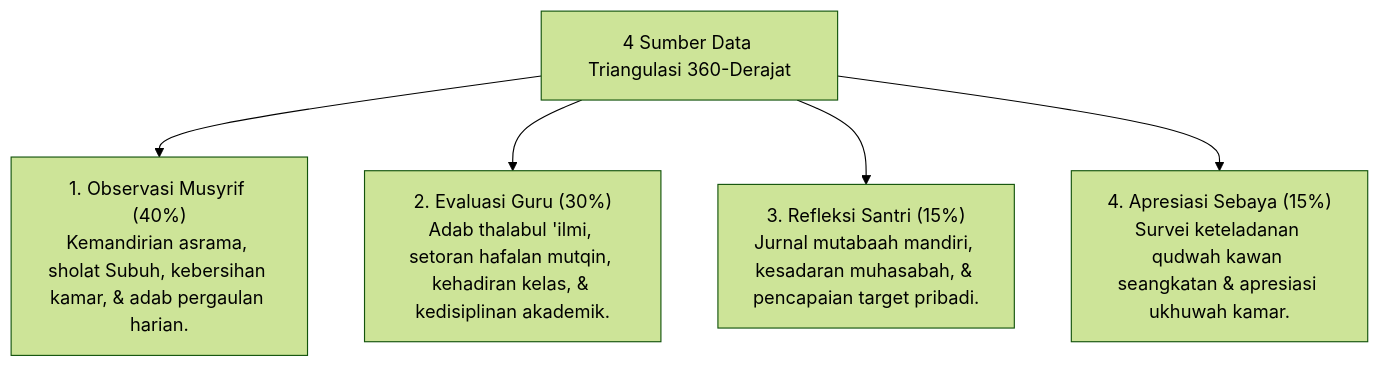
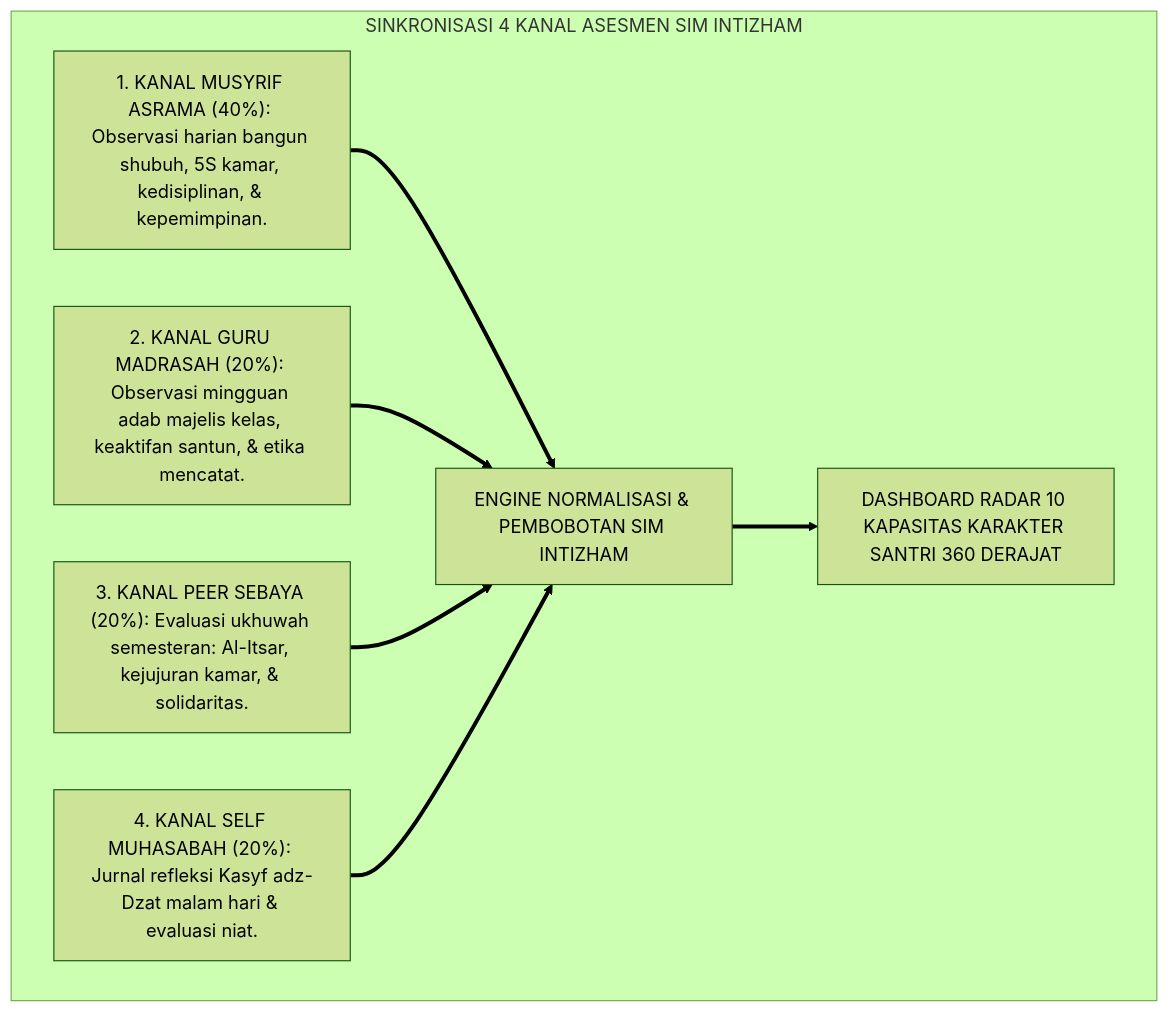
The fourth of 6 diagrams in 05 Assessment Framework/02 Assessment Architecture/P5-02-01-Model-Triangulasi-Data-360-Derajat.md (wandiapriliyandi/tumbuh), drawn with Mermaid (forest theme) before and after one commit. The commit also changed other lines of this file and 6 other files, not shown here.

Commit message:
docs(05-assessment): complete all 7 research monographs for 02 Assessment Architecture

````diff
--- a/05 Assessment Framework/02 Assessment Architecture/P5-02-01-Model-Triangulasi-Data-360-Derajat.md
+++ b/05 Assessment Framework/02 Assessment Architecture/P5-02-01-Model-Triangulasi-Data-360-Derajat.md
@@ -14,8 +115,12 @@
 ```mermaid
-graph TD
-    TriangulationDetail["4 Sumber Data Triangulasi 360-Derajat"]
-    TriangulationDetail --> MusyrifVal["1. Observasi Musyrif (40%)<br/>Kemandirian asrama, sholat Subuh, kebersihan kamar, & adab pergaulan harian."]
-    TriangulationDetail --> TeacherVal["2. Evaluasi Guru (30%)<br/>Adab thalabul 'ilmi, setoran hafalan mutqin, kehadiran kelas, & kedisiplinan akademik."]
-    TriangulationDetail --> SelfVal["3. Refleksi Santri (15%)<br/>Jurnal mutabaah mandiri, kesadaran muhasabah, & pencapaian target pribadi."]
-    TriangulationDetail --> PeerVal["4. Apresiasi Sebaya (15%)<br/>Survei keteladanan qudwah kawan seangkatan & apresiasi ukhuwah kamar."]
+flowchart TD
+    subgraph AlurIntegrasiDataDigital24Jam["SINKRONISASI 4 KANAL ASESMEN SIM INTIZHAM"]
+        Kanal1["1. KANAL MUSYRIF ASRAMA (40%): Observasi harian bangun shubuh, 5S kamar, kedisiplinan, & kepemimpinan."]
+        Kanal2["2. KANAL GURU MADRASAH (20%): Observasi mingguan adab majelis kelas, keaktifan santun, & etika mencatat."]
+        Kanal3["3. KANAL PEER SEBAYA (20%): Evaluasi ukhuwah semesteran: Al-Itsar, kejujuran kamar, & solidaritas."]
+        Kanal4["4. KANAL SELF MUHASABAH (20%): Jurnal refleksi Kasyf adz-Dzat malam hari & evaluasi niat."]
+        
+        Kanal1 & Kanal2 & Kanal3 & Kanal4 ==> EngineSIMIntizham["ENGINE NORMALISASI & PEMBOBOTAN SIM INTIZHAM"]
+        EngineSIMIntizham ==> OutputRadar360["DASHBOARD RADAR 10 KAPASITAS KARAKTER SANTRI 360 DERAJAT"]
+    end
 ```
````
